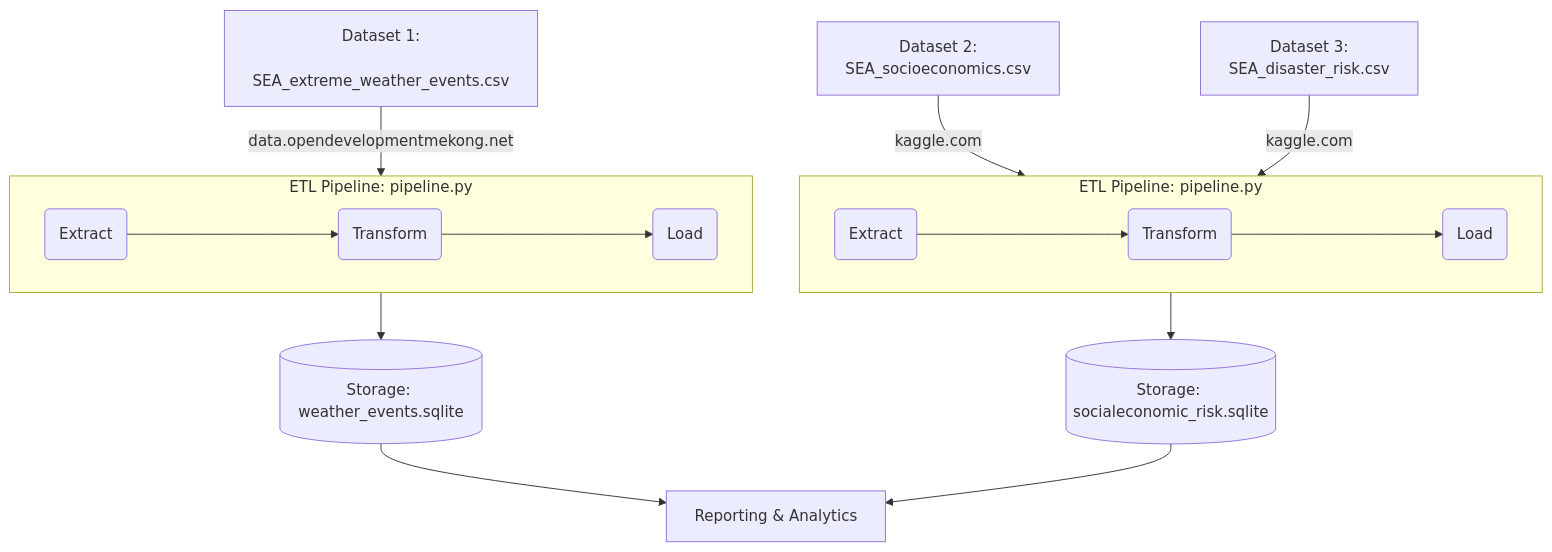
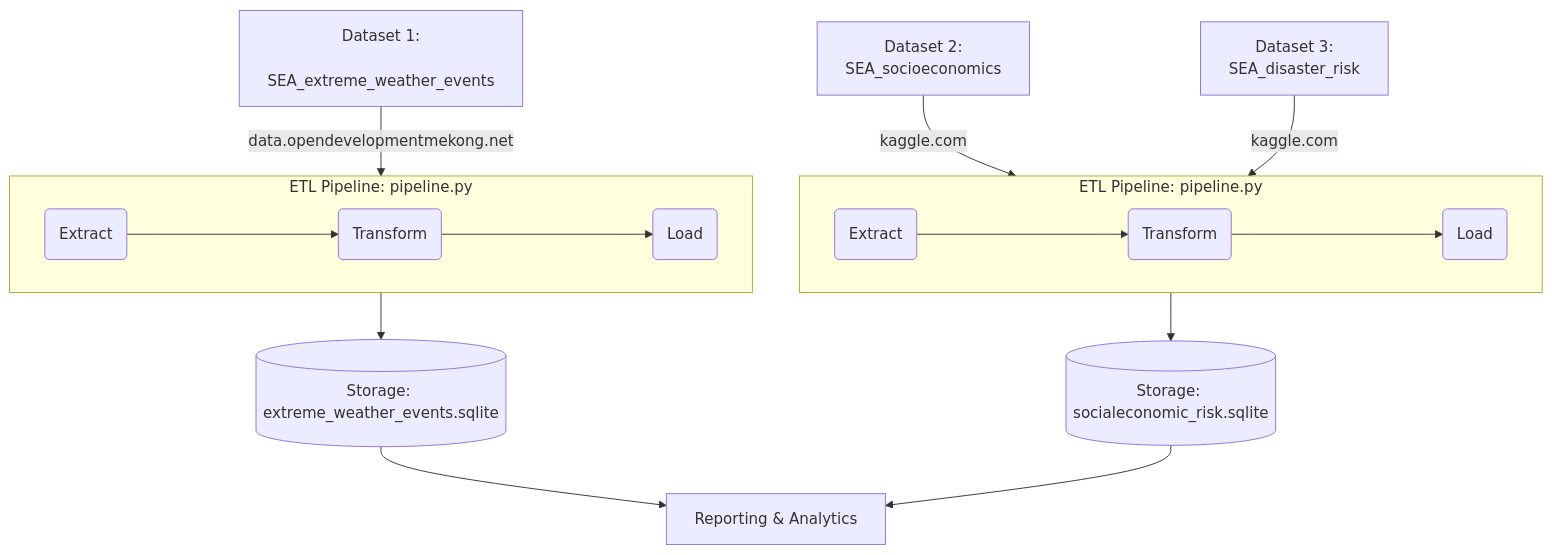
Before and after one commit to kristen149/FAUdata-enginnering-project: the diagram in project/project-plan.md, drawn with Mermaid. The commit also changed other lines of this file, not shown here.

````diff
--- a/project/project-plan.md
+++ b/project/project-plan.md
@@ -96,20 +126,20 @@
 ``` mermaid
 flowchart TB
   
   A[Dataset 1:
-    SEA_extreme_weather_events.csv] --data.opendevelopmentmekong.net--> SUB0 --> db1[("Storage: weather_events.sqlite")] --> G[Reporting & Analytics] 
+    SEA_extreme_weather_events] --data.opendevelopmentmekong.net--> SUB0 --> db1[("Storage: extreme_weather_events.sqlite")] --> G[Reporting & Analytics] 
   B[Dataset 2:
-    SEA_socioeconomics.csv] --kaggle.com --> SUB1 
+    SEA_socioeconomics] --kaggle.com --> SUB1 
   C[Dataset 3:
-    SEA_disaster_risk.csv] --kaggle.com --> SUB1
+    SEA_disaster_risk] --kaggle.com --> SUB1
   SUB1 --> db2[("Storage: socialeconomic_risk.sqlite")] --> G[Reporting & Analytics]
 
 subgraph SUB1[ETL Pipeline: pipeline.py]
  direction LR
     I(Extract)----> K(Transform)---->L(Load)
 end
 subgraph SUB0[ETL Pipeline: pipeline.py]
     direction LR
     D(Extract)----> E(Transform)----> F(Load)
 end
 ```
````
